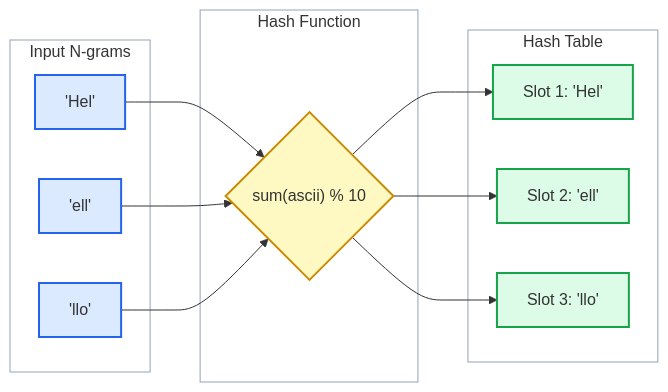
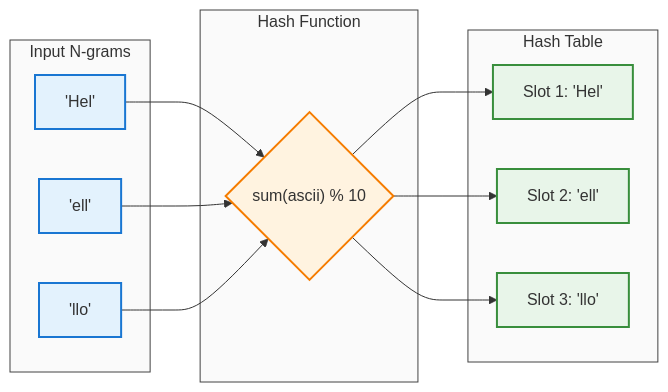
Before and after one commit to sagarsrc/sagarsarkale.com: the second of 3 diagrams in blogger/content/blog/genai/inputs-to-byte-latent-transformer.md, drawn with Mermaid. The commit also changed other lines of this file, not shown here.

```diff
--- a/blogger/content/blog/genai/inputs-to-byte-latent-transformer.md
+++ b/blogger/content/blog/genai/inputs-to-byte-latent-transformer.md
@@ -204,39 +209,41 @@
 {{<mermaid>}}
 graph LR
 %% Style definitions
-classDef inputStyle fill:#dbeafe,stroke:#2563eb,stroke-width:2px
-classDef hashStyle fill:#fef9c3,stroke:#ca8a04,stroke-width:2px
-classDef outputStyle fill:#dcfce7,stroke:#16a34a,stroke-width:2px
-classDef subgraphStyle fill:white,stroke:#94a3b8,stroke-width:1px
+classDef inputStyle fill:#E3F2FD,stroke:#1976D2,stroke-width:2px
+classDef hashStyle fill:#FFF3E0,stroke:#F57C00,stroke-width:2px
+classDef outputStyle fill:#E8F5E9,stroke:#388E3C,stroke-width:2px
+classDef posStyle fill:#FFEBEE,stroke:#D32F2F,stroke-width:2px
+classDef combineStyle fill:#E8EAF6,stroke:#3949AB,stroke-width:2px
+classDef subgraphStyle fill:#FAFAFA,stroke:#424242,stroke-width:1px
 
     subgraph NGrams["Input N-grams"]
         ngram1["'Hel'"]
         ngram2["'ell'"]
         ngram3["'llo'"]
     end
 
     subgraph HashFunction["Hash Function"]
         hash{"sum(ascii) % 10"}
     end
 
     subgraph HashTable["Hash Table"]
         val1["Slot 1: 'Hel'"]
         val2["Slot 2: 'ell'"]
         val3["Slot 3: 'llo'"]
     end
 
     ngram1 --> hash
     ngram2 --> hash
     ngram3 --> hash
 
     hash --> val1
     hash --> val2
     hash --> val3
 
     %% Apply styles
     class ngram1,ngram2,ngram3 inputStyle
     class hash hashStyle
     class val1,val2,val3 outputStyle
     class NGrams,HashFunction,HashTable subgraphStyle
 
 {{</mermaid>}}
```
